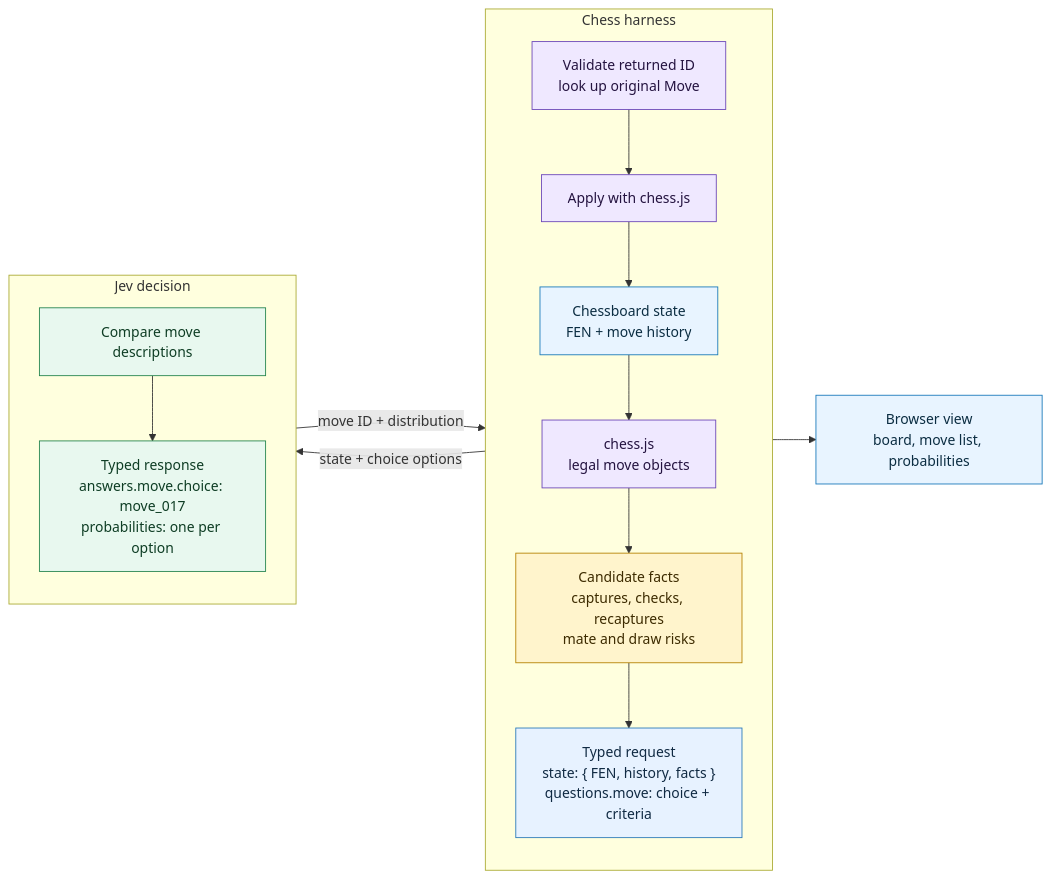
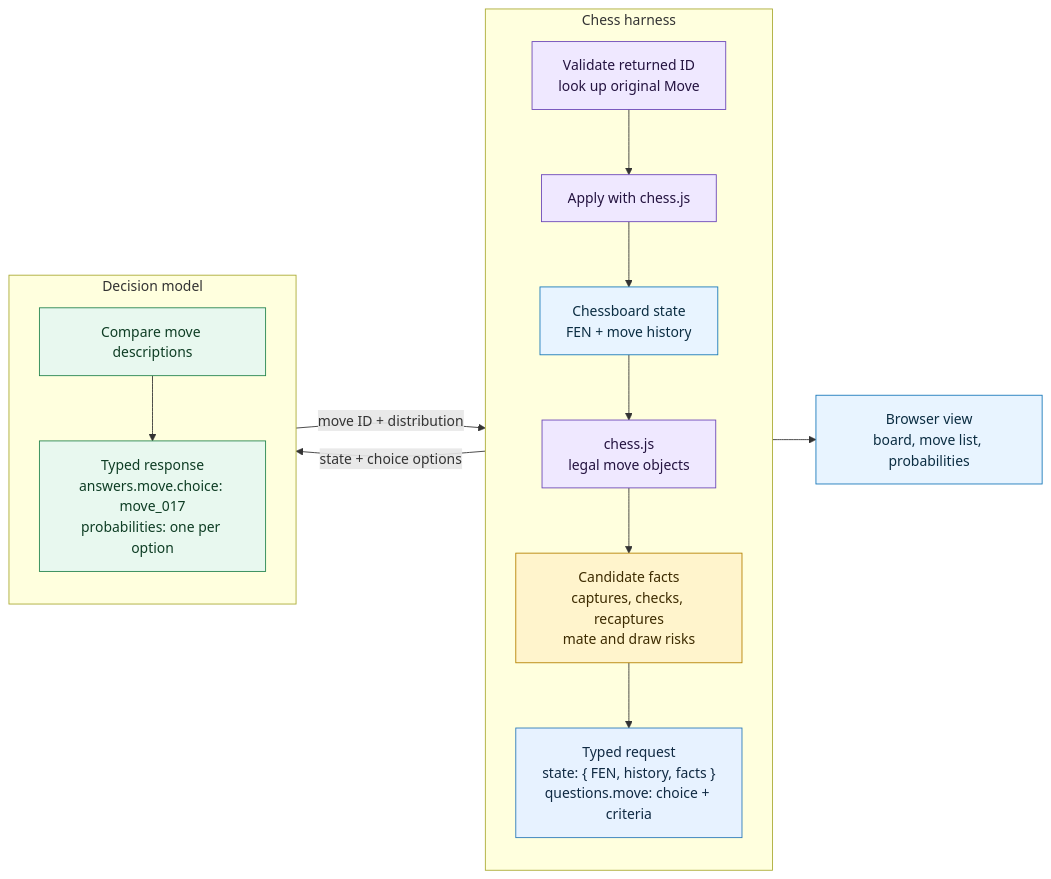
Before and after one commit to dzlab/dzlab.github.io: the first of 2 diagrams in _posts/2026-10-03-jev-plays-chess.md, drawn with Mermaid. The commit also changed other lines of this file, not shown here.

````diff
--- a/_posts/2026-10-03-jev-plays-chess.md
+++ b/_posts/2026-10-03-jev-plays-chess.md
@@ -23,39 +23,39 @@
 ```mermaid
 flowchart LR
     subgraph harness[Chess harness]
         direction TB
         board["Chessboard state<br/>FEN + move history"]
         rules["chess.js<br/>legal move objects"]
         facts["Candidate facts<br/>captures, checks, recaptures<br/>mate and draw risks"]
         request["Typed request<br/>state: { FEN, history, facts }<br/>questions.move: choice + criteria"]
         validate["Validate returned ID<br/>look up original Move"]
         apply["Apply with chess.js"]
 
         board --> rules --> facts --> request
         validate --> apply --> board
     end
 
-    subgraph jev["Jev decision"]
+    subgraph jev["Decision model"]
         direction TB
         choose["Compare move descriptions"]
         response["Typed response<br/>answers.move.choice: move_017<br/>probabilities: one per option"]
         choose --> response
     end
 
     browser["Browser view<br/>board, move list, probabilities"]
 
     request -->|state + choice options| choose
     response -->|move ID + distribution| validate
     apply --> browser
 
     classDef state fill:#e8f4ff,stroke:#1677b9,color:#0b2d42;
     classDef rules fill:#efe8ff,stroke:#6a45b8,color:#241340;
     classDef facts fill:#fff4cc,stroke:#b58100,color:#3d2b00;
     classDef request fill:#e7f2ff,stroke:#2878b8,color:#102a43;
     classDef response fill:#e8f8ef,stroke:#23834d,color:#0e3d24;
     class board,browser state;
     class rules,validate,apply rules;
     class facts facts;
     class request request;
     class choose,response response;
 ```
````
